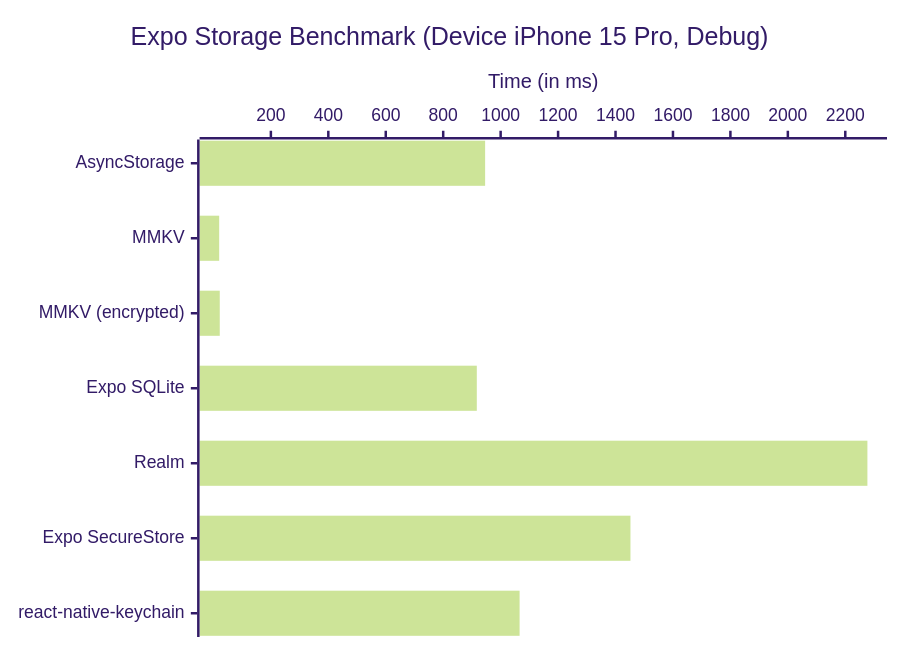
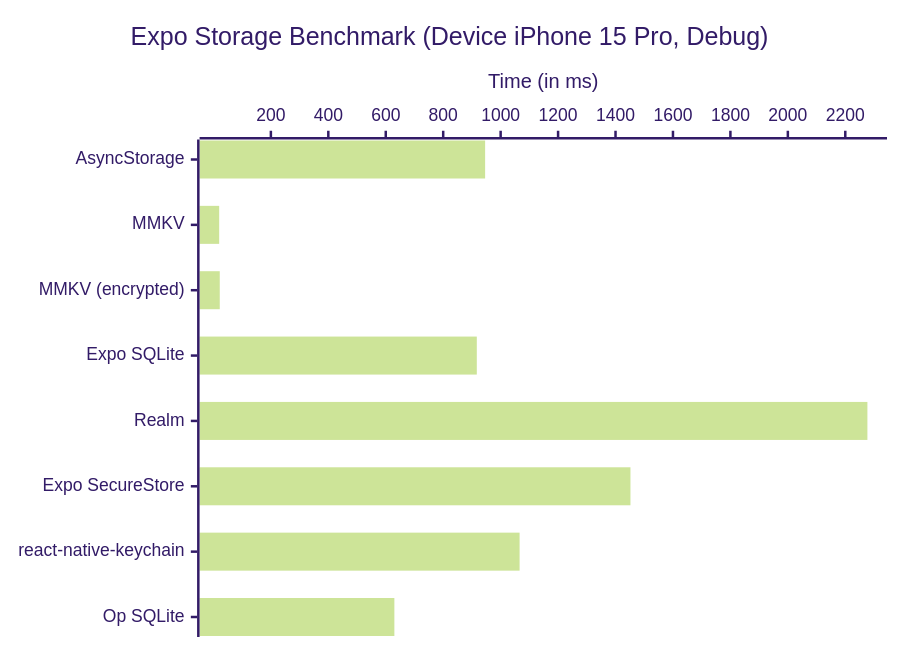
Before and after one commit to pvinis/StorageBenchmark: the second of 3 diagrams in charts.md, drawn with Mermaid. The commit also changed other lines of this file and 8 other files, not shown here.

````diff
--- a/charts.md
+++ b/charts.md
@@ -13,8 +13,8 @@
 ```mermaid
 %%{init: {'theme': 'forest'}}%%
 xychart-beta horizontal
     title "Expo Storage Benchmark (Device iPhone 15 Pro, Debug)"
-    x-axis ["AsyncStorage", "MMKV", "MMKV (encrypted)", "Expo SQLite", "Realm", "Expo SecureStore", "react-native-keychain"]
+    x-axis ["AsyncStorage", "MMKV", "MMKV (encrypted)", "Expo SQLite", "Realm", "Expo SecureStore", "react-native-keychain", "Op SQLite"]
     y-axis "Time (in ms)"
-    bar [946, 20, 22, 917, 2277, 1452, 1066]
+    bar [946, 20, 22, 917, 2277, 1452, 1066, 630]
 ```
````
